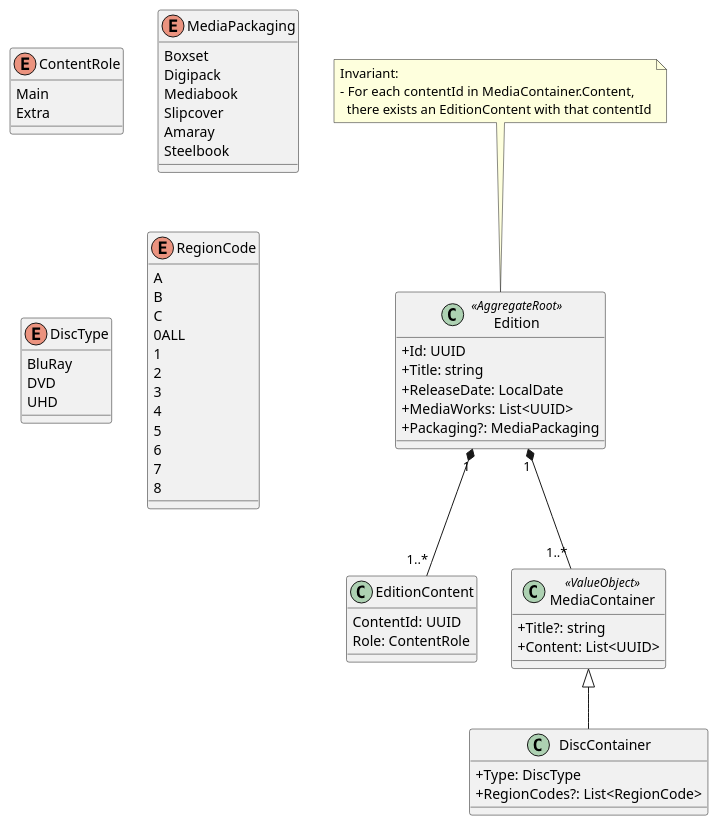
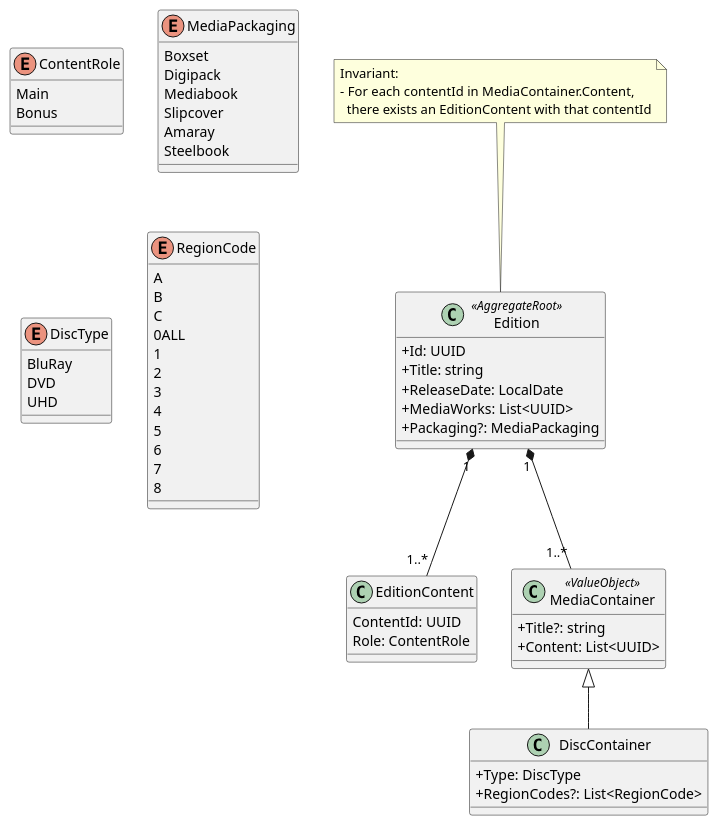
One commit to yantue/colleq changed the diagram in docs/uml/domain/domain-edition.puml. Above: the diagram before and after it, drawn with PlantUML. The commit also changed 2 other files, not shown here.

Commit message:
docs: Add abstract Content entity and concretes

```diff
--- a/docs/uml/domain/domain-edition.puml
+++ b/docs/uml/domain/domain-edition.puml
@@ -1,75 +1,74 @@
 @startuml
 skinparam classAttributeIconSize 0
 
 class Edition <<AggregateRoot>> {
     +Id: UUID
     +Title: string
     +ReleaseDate: LocalDate
     +MediaWorks: List<UUID>
     +Packaging?: MediaPackaging
 }
 
 note top of Edition
 Invariant:
 - For each contentId in MediaContainer.Content,
   there exists an EditionContent with that contentId
 end note
 
 class EditionContent {
-    ' TODO: Add Content entities/VO's to MediaWork for Content
     ContentId: UUID
     Role: ContentRole
 }
 
 Edition "1" *-- "1..*" EditionContent
 
 enum ContentRole {
     Main
-    Extra
+    Bonus
 }
 
 class MediaContainer <<ValueObject>> {
     +Title?: string
     +Content: List<UUID>
 }
 
 Edition "1" *-- "1..*" MediaContainer
 
 class DiscContainer {
     +Type: DiscType
     +RegionCodes?: List<RegionCode>
 }
 
 MediaContainer <|-- DiscContainer
 
 enum MediaPackaging {
     Boxset
     Digipack
     Mediabook
     Slipcover
     Amaray
     Steelbook
 }
 
 enum DiscType {
     BluRay
     DVD
     UHD
 }
 
 enum RegionCode {
     A
     B
     C
     0ALL
     1
     2
     3
     4
     5
     6
     7
     8
 }
 
 @enduml
```
